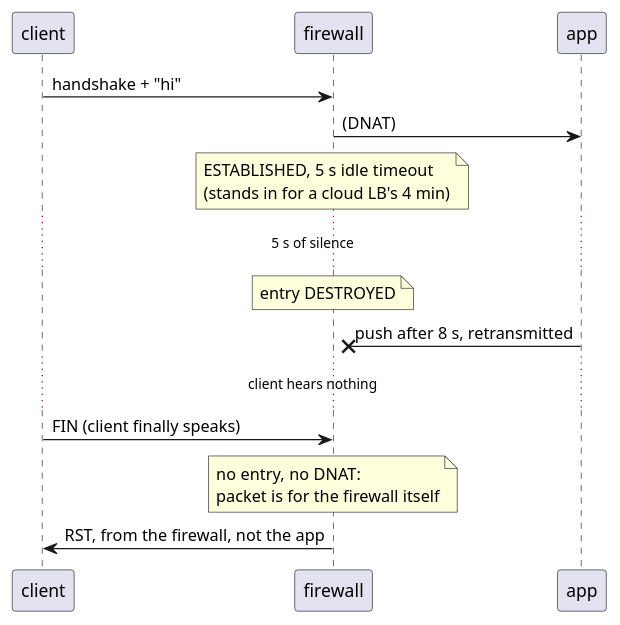
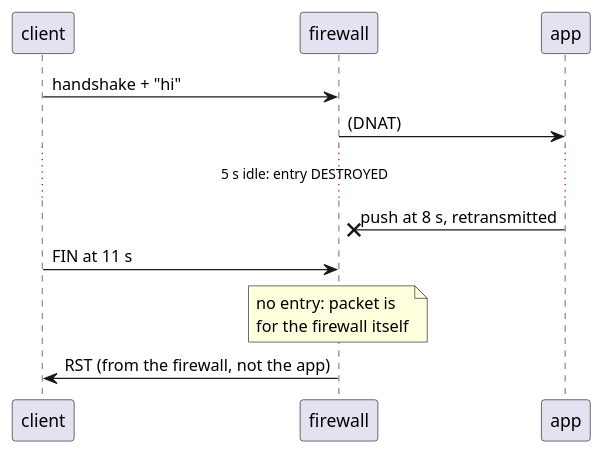
The eighth of 9 diagrams in src/content/posts/2026-10-04-expose-intranet-app-to-internet.md (samadeep/samadeep.github.io), drawn with PlantUML before and after one commit. The commit also changed other lines of this file and 49 other files, not shown here.

First line of the commit message:
Visual-first post, reference-style diagrams, analytics and reactions (#9)

````diff
--- a/src/content/posts/2026-10-04-expose-intranet-app-to-internet.md
+++ b/src/content/posts/2026-10-04-expose-intranet-app-to-internet.md
@@ -275,17 +266,14 @@
-```plantuml title="Figure 7: the idle timeout evicts the entry; the push is lost and the reset comes from the firewall"
+```plantuml title="Figure 8: the idle timeout evicts the entry; the push is lost and the reset comes from the firewall"
 @startuml
 participant "client" as C
 participant "firewall" as F
 participant "app" as S
 C -> F : handshake + "hi"
 F -> S : (DNAT)
-note over F : ESTABLISHED, 5 s idle timeout\n(stands in for a cloud LB's 4 min)
-... 5 s of silence ...
-note over F : entry DESTROYED
-S ->x F : push after 8 s, retransmitted
-... client hears nothing ...
-C -> F : FIN (client finally speaks)
-note over F : no entry, no DNAT:\npacket is for the firewall itself
-F -> C : RST, from the firewall, not the app
+... 5 s idle: entry DESTROYED ...
+S ->x F : push at 8 s, retransmitted
+C -> F : FIN at 11 s
+note over F : no entry: packet is\nfor the firewall itself
+F -> C : RST (from the firewall, not the app)
 @enduml
 ```
````
